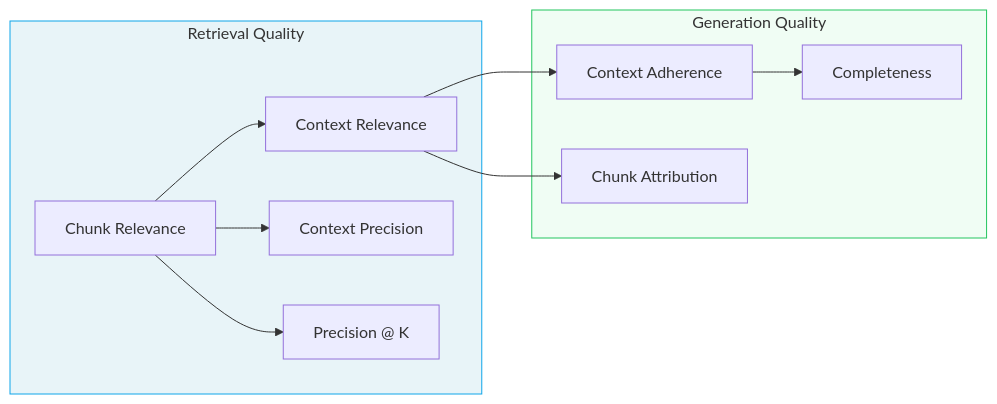
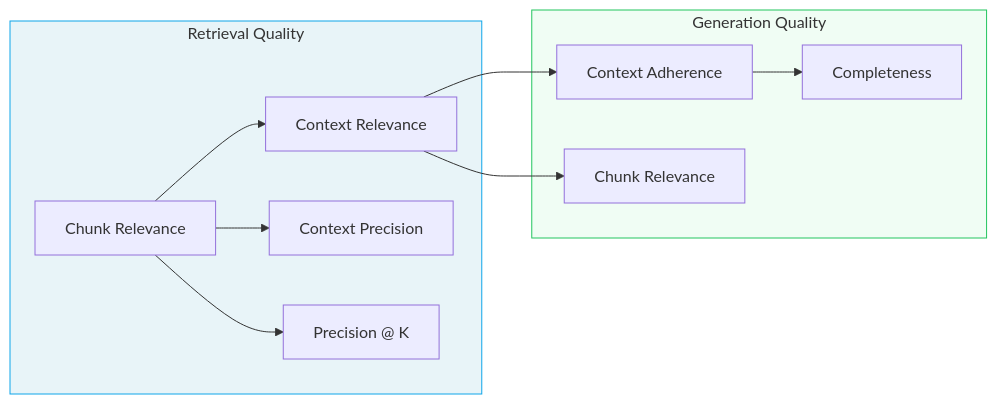
Before and after one commit to rungalileo/docs-official: the diagram in concepts/metrics/rag/rag-overview.mdx, drawn with Mermaid. The commit also changed other lines of this file and 11 other files, not shown here.

````diff
--- a/concepts/metrics/rag/rag-overview.mdx
+++ b/concepts/metrics/rag/rag-overview.mdx
@@ -65,25 +64,25 @@
 ```mermaid
 flowchart LR
     subgraph Retrieval["Retrieval Quality"]
         CR[Chunk Relevance]
         CTR[Context Relevance]
         CP[Context Precision]
         PK[Precision @ K]
     end
 
     subgraph Generation["Generation Quality"]
         CA[Context Adherence]
-        CAU[Chunk Attribution]
+        CAU[Chunk Relevance]
         COMP[Completeness]
     end
 
     CR --> CP
     CR --> PK
     CR --> CTR
     CTR --> CA
     CA --> COMP
     CTR --> CAU
 
     style Retrieval fill:#e8f4f8,stroke:#0ea5e9
     style Generation fill:#f0fdf4,stroke:#22c55e
 ```
````
